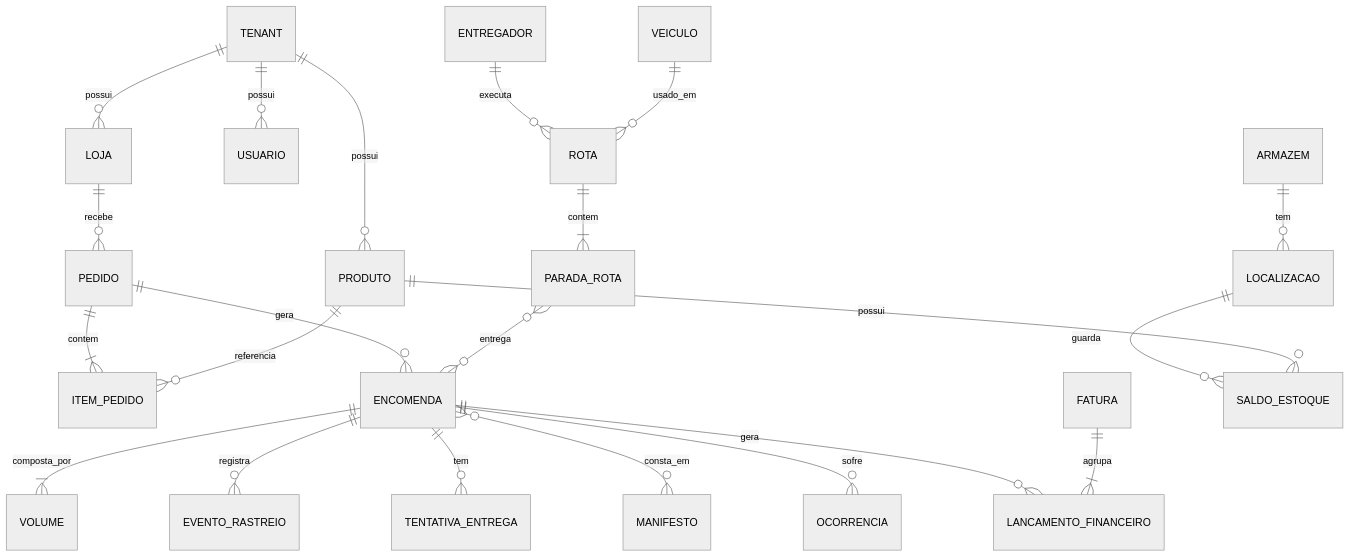
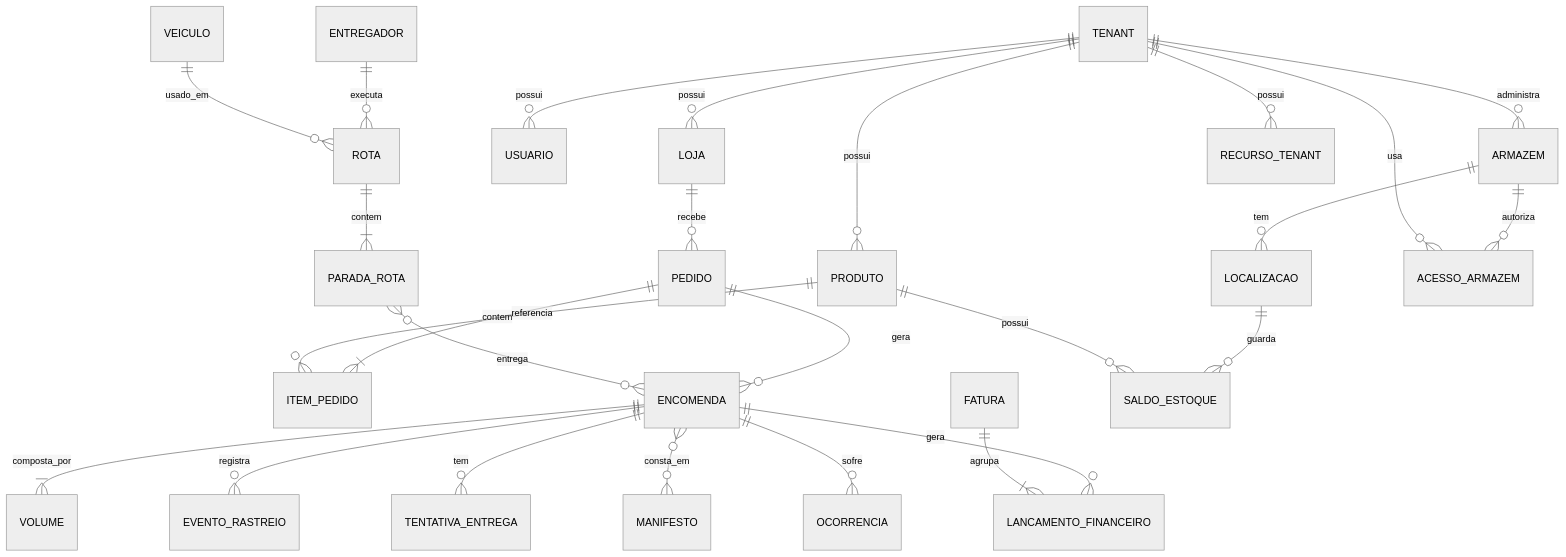
The third of 4 diagrams in docs/01-documentacao-do-sistema.md (JhonatanTreder/logiflow-backend), drawn with Mermaid (neutral theme) before and after one commit. The commit also changed other lines of this file and 13 other files, not shown here.

````diff
--- a/docs/01-documentacao-do-sistema.md
+++ b/docs/01-documentacao-do-sistema.md
@@ -252,24 +260,28 @@
 ```mermaid
 erDiagram
   TENANT ||--o{ LOJA : possui
   TENANT ||--o{ USUARIO : possui
   TENANT ||--o{ PRODUTO : possui
   LOJA ||--o{ PEDIDO : recebe
   PEDIDO ||--|{ ITEM_PEDIDO : contem
   PRODUTO ||--o{ ITEM_PEDIDO : referencia
   PEDIDO ||--o{ ENCOMENDA : gera
   ENCOMENDA ||--|{ VOLUME : composta_por
   ENCOMENDA ||--o{ EVENTO_RASTREIO : registra
   ENCOMENDA ||--o{ TENTATIVA_ENTREGA : tem
   ENCOMENDA }o--o{ MANIFESTO : consta_em
   ROTA ||--|{ PARADA_ROTA : contem
   PARADA_ROTA }o--o{ ENCOMENDA : entrega
   ENTREGADOR ||--o{ ROTA : executa
   VEICULO ||--o{ ROTA : usado_em
   ENCOMENDA ||--o{ OCORRENCIA : sofre
   ENCOMENDA ||--o{ LANCAMENTO_FINANCEIRO : gera
   FATURA ||--|{ LANCAMENTO_FINANCEIRO : agrupa
   ARMAZEM ||--o{ LOCALIZACAO : tem
+  TENANT ||--o{ ARMAZEM : administra
+  TENANT ||--o{ RECURSO_TENANT : possui
+  ARMAZEM ||--o{ ACESSO_ARMAZEM : autoriza
+  TENANT ||--o{ ACESSO_ARMAZEM : usa
   LOCALIZACAO ||--o{ SALDO_ESTOQUE : guarda
   PRODUTO ||--o{ SALDO_ESTOQUE : possui
 ```
````
